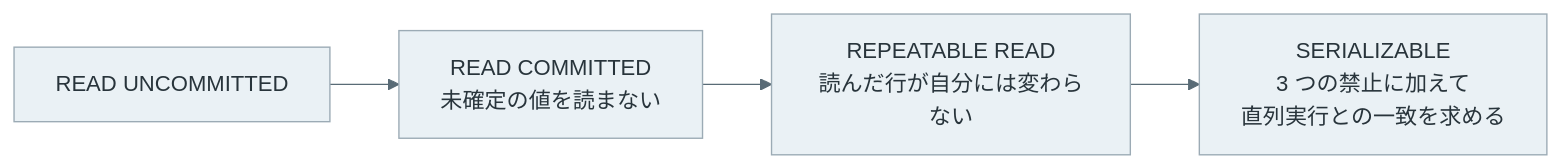
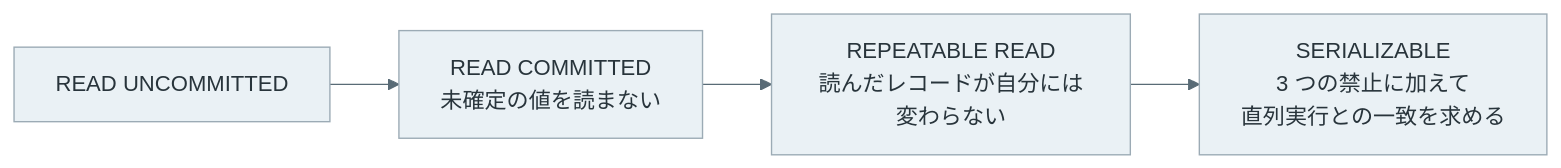
One commit to nao1215/debimate changed the fourth of 8 diagrams in content/notes/database-systems/transaction-isolation/index.md. Above: the diagram before and after it, drawn with Mermaid. The commit also changed other lines of this file and 125 other files, not shown here.

````diff
--- a/content/notes/database-systems/transaction-isolation/index.md
+++ b/content/notes/database-systems/transaction-isolation/index.md
@@ -132,8 +136,8 @@
 ```mermaid
 %%{init: {"theme":"base","themeVariables":{"primaryColor":"#eaf1f5","primaryTextColor":"#28343b","primaryBorderColor":"#9cabb5","lineColor":"#596b76","textColor":"#28343b","actorBkg":"#eaf1f5","actorBorder":"#9cabb5","actorTextColor":"#28343b","actorLineColor":"#9cabb5","signalColor":"#596b76","signalTextColor":"#28343b","noteBkgColor":"#f7f1e5","noteBorderColor":"#c5b99b","noteTextColor":"#403c32","activationBkgColor":"#edf3ef","activationBorderColor":"#9aafa1"}}}%%
 flowchart LR
     RU["READ UNCOMMITTED"] --> RC["READ COMMITTED<br/>未確定の値を読まない"]
-    RC --> RR["REPEATABLE READ<br/>読んだ行が自分には変わらない"]
+    RC --> RR["REPEATABLE READ<br/>読んだレコードが自分には変わらない"]
     RR --> SE["SERIALIZABLE<br/>3 つの禁止に加えて<br/>直列実行との一致を求める"]
     classDef default fill:#eaf1f5,stroke:#9cabb5,color:#28343b;
 ```
````
